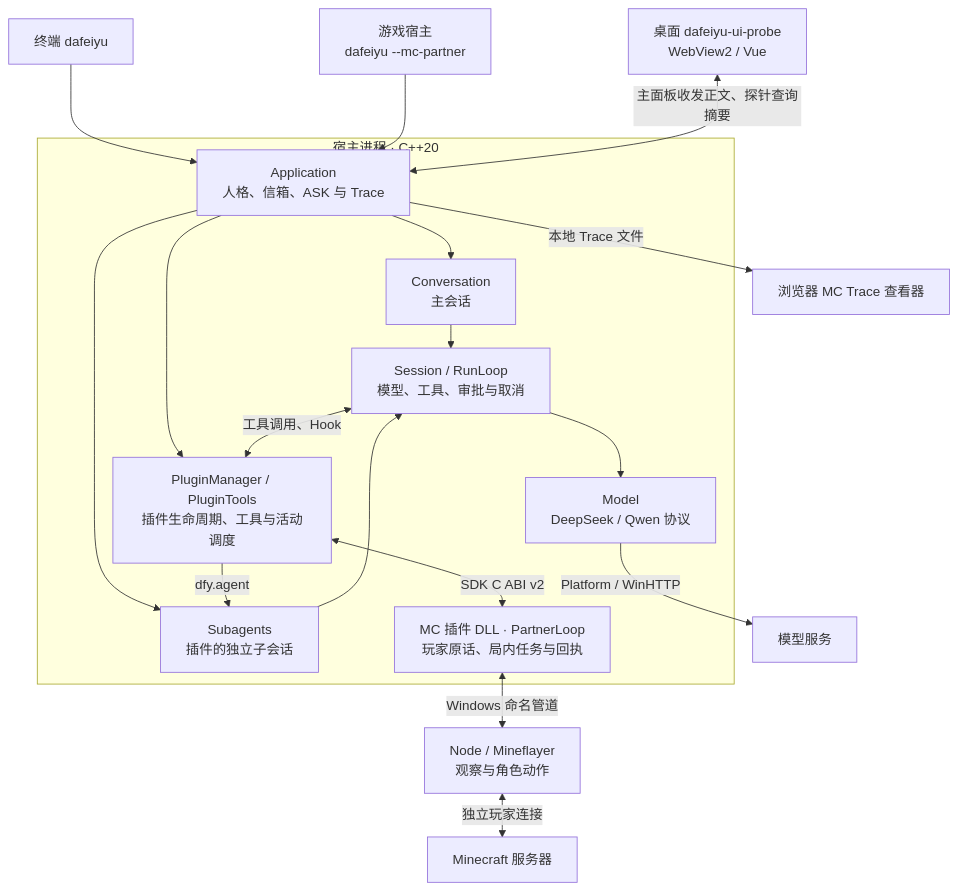
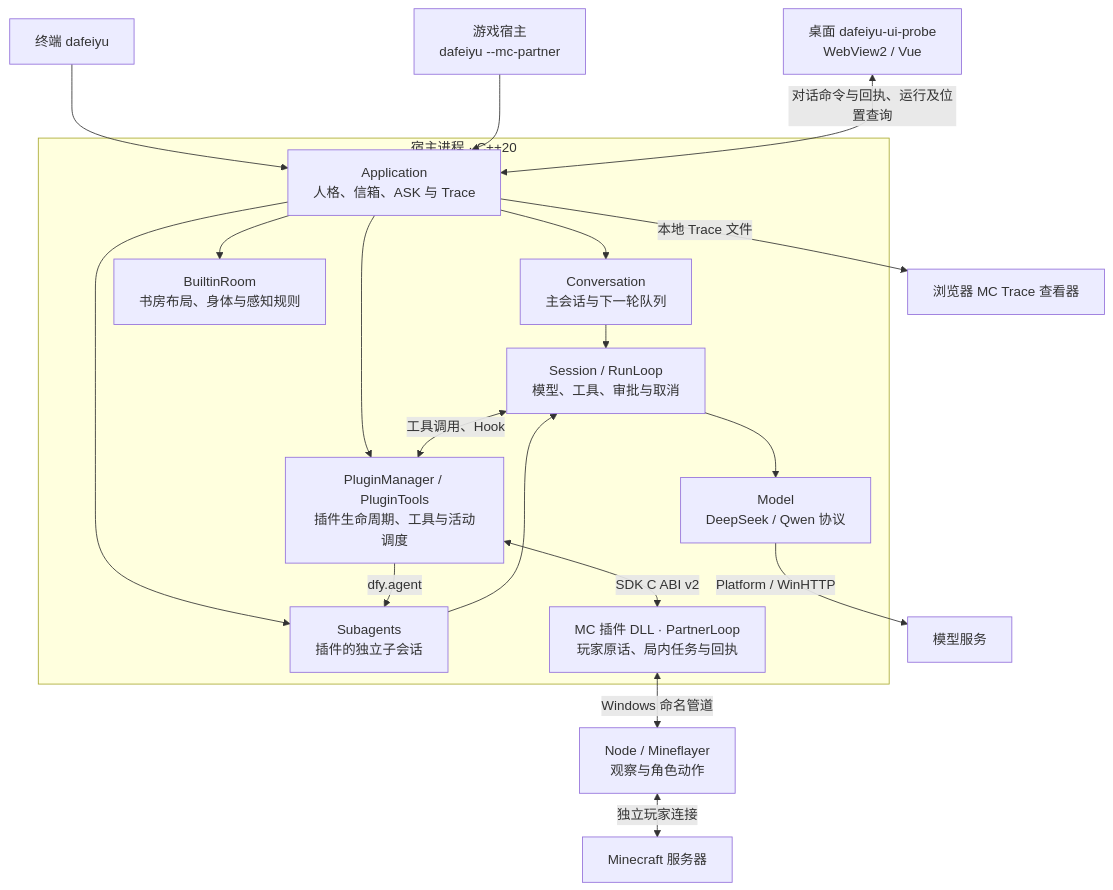
One commit to AuraKaliya/DaFeiYu- changed the first of 5 diagrams in docs/architecture.md. Above: the diagram before and after it, drawn with Mermaid. The commit also changed other lines of this file and 3 other files, not shown here.

````diff
--- a/docs/architecture.md
+++ b/docs/architecture.md
@@ -20,38 +22,40 @@
 ```mermaid
 ---
 config:
   flowchart:
     rankSpacing: 28
     nodeSpacing: 24
 ---
 flowchart TB
     Terminal["终端 dafeiyu"]
     GameHost["游戏宿主<br/>dafeiyu --mc-partner"]
     Gui["桌面 dafeiyu-ui-probe<br/>WebView2 / Vue"]
 
     subgraph Host["宿主进程 · C++20"]
         App["Application<br/>人格、信箱、ASK 与 Trace"]
-        Main["Conversation<br/>主会话"]
+        Main["Conversation<br/>主会话与下一轮队列"]
+        Room["BuiltinRoom<br/>书房布局、身体与感知规则"]
         Child["Subagents<br/>插件的独立子会话"]
         Run["Session / RunLoop<br/>模型、工具、审批与取消"]
         Plugins["PluginManager / PluginTools<br/>插件生命周期、工具与活动调度"]
         Mc["MC 插件 DLL · PartnerLoop<br/>玩家原话、局内任务与回执"]
         Model["Model<br/>DeepSeek / Qwen 协议"]
 
         App --> Main --> Run
+        App --> Room
         App --> Child --> Run
         App --> Plugins
         Plugins -->|dfy.agent| Child
         Run <-->|工具调用、Hook| Plugins
         Plugins <-->|SDK C ABI v2| Mc
         Run --> Model
     end
 
     Terminal --> App
     GameHost --> App
-    Gui <-->|主面板收发正文、探针查询摘要| App
+    Gui <-->|对话命令与回执、运行及位置查询| App
     App -->|本地 Trace 文件| Viewer["浏览器 MC Trace 查看器"]
     Model -->|Platform / WinHTTP| Service["模型服务"]
     Mc <-->|Windows 命名管道| Bridge["Node / Mineflayer<br/>观察与角色动作"]
     Bridge <-->|独立玩家连接| Minecraft["Minecraft 服务器"]
 ```
````
